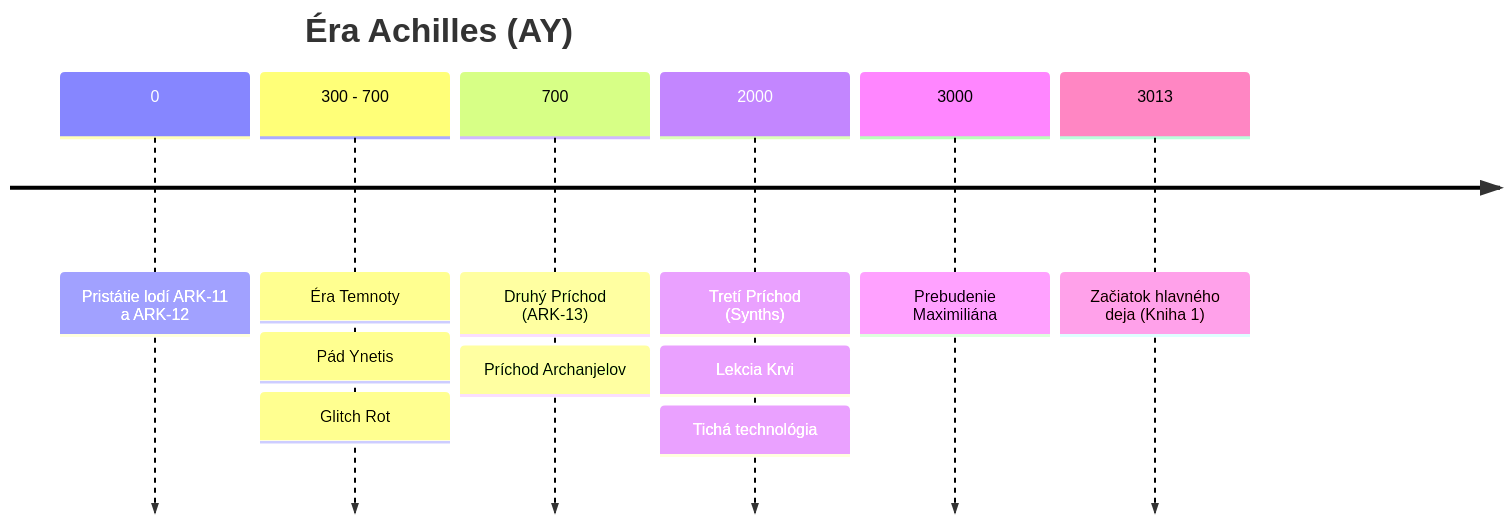
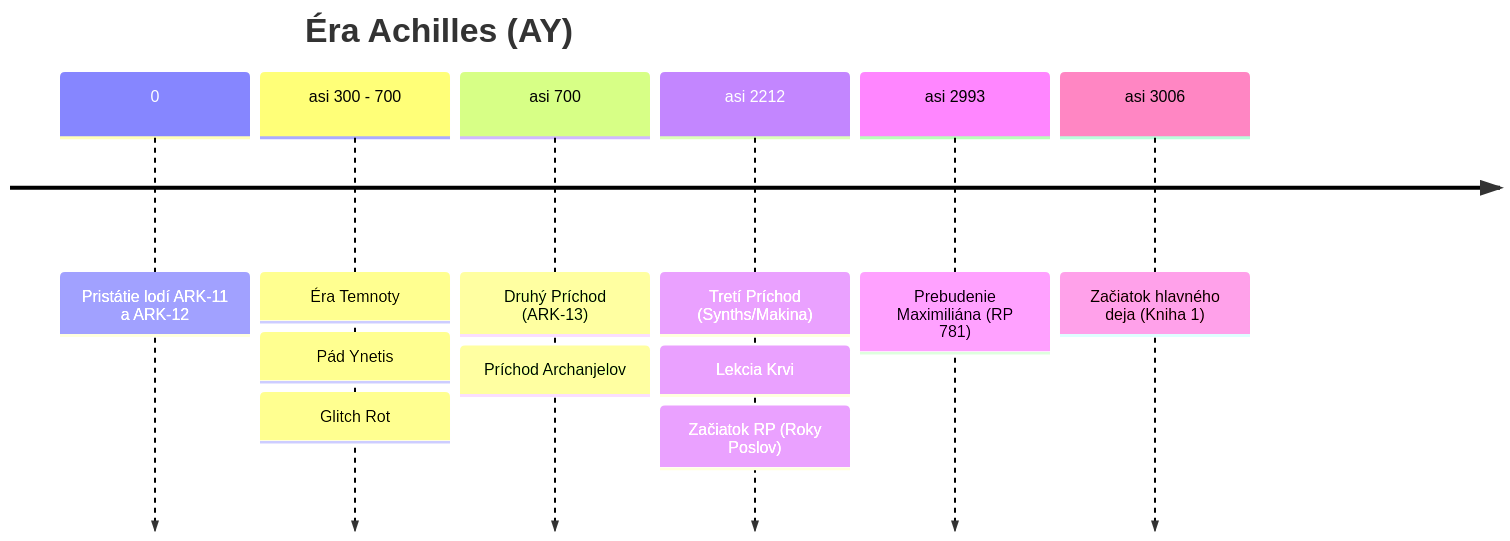
Before and after one commit to BranLang/null-void: the second of 4 diagrams in MASTER-WORLD-BIBLE.md, drawn with Mermaid. The commit also changed other lines of this file and 6 other files, not shown here.

````diff
--- a/MASTER-WORLD-BIBLE.md
+++ b/MASTER-WORLD-BIBLE.md
@@ -96,10 +96,10 @@
 ```mermaid
 timeline
     title Éra Achilles (AY)
     0 : Pristátie lodí ARK-11 a ARK-12
-    300 - 700 : Éra Temnoty : Pád Ynetis : Glitch Rot
-    700 : Druhý Príchod (ARK-13) : Príchod Archanjelov
-    2000 : Tretí Príchod (Synths) : Lekcia Krvi : Tichá technológia
-    3000 : Prebudenie Maximiliána
-    3013 : Začiatok hlavného deja (Kniha 1)
+    asi 300 - 700 : Éra Temnoty : Pád Ynetis : Glitch Rot
+    asi 700 : Druhý Príchod (ARK-13) : Príchod Archanjelov
+    asi 2212 : Tretí Príchod (Synths/Makina) : Lekcia Krvi : Začiatok RP (Roky Poslov)
+    asi 2993 : Prebudenie Maximiliána (RP 781)
+    asi 3006 : Začiatok hlavného deja (Kniha 1)
 ```
````
